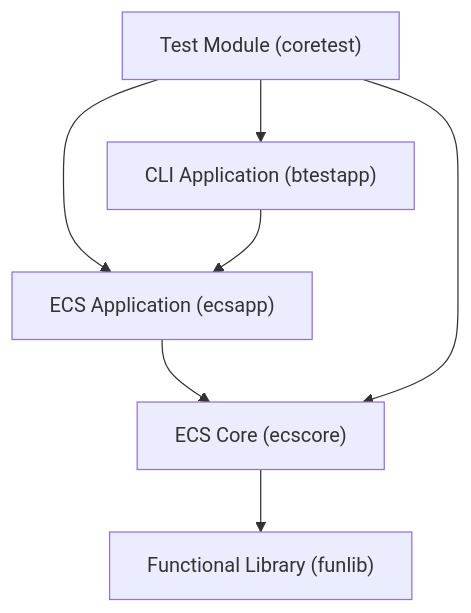
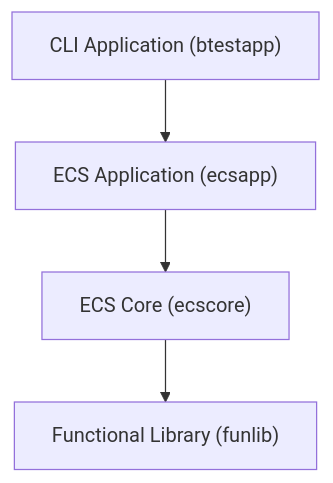
The first of 3 diagrams in Documentation/Architecture.md (FoxLightning/btest), drawn with Mermaid before and after one commit. The commit also changed other lines of this file and 1 other file, not shown here.

````diff
--- a/Documentation/Architecture.md
+++ b/Documentation/Architecture.md
@@ -5,17 +6,13 @@
 ```mermaid
 flowchart TD
 
 %% Entities
     CLIApp["CLI Application (btestapp)"]
     ECSCore["ECS Core (ecscore)"]
     ECSApp["ECS Application (ecsapp)"]
-    Test["Test Module (coretest)"]
     FunLib["Functional Library (funlib)"]
 %% Relations
-    Test --> ECSApp;
     ECSApp --> ECSCore;
     CLIApp --> ECSApp;
-    Test --> ECSCore;
-    Test --> CLIApp;
     ECSCore --> FunLib;
 ```
````
